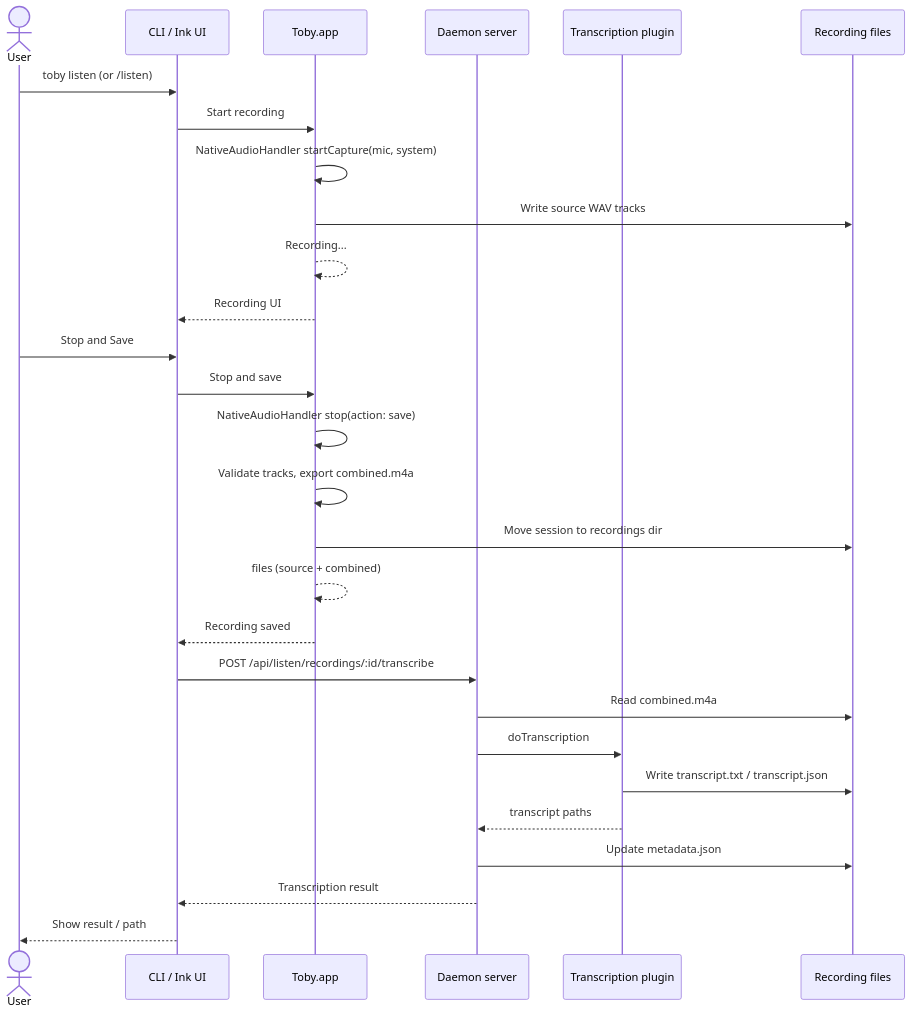
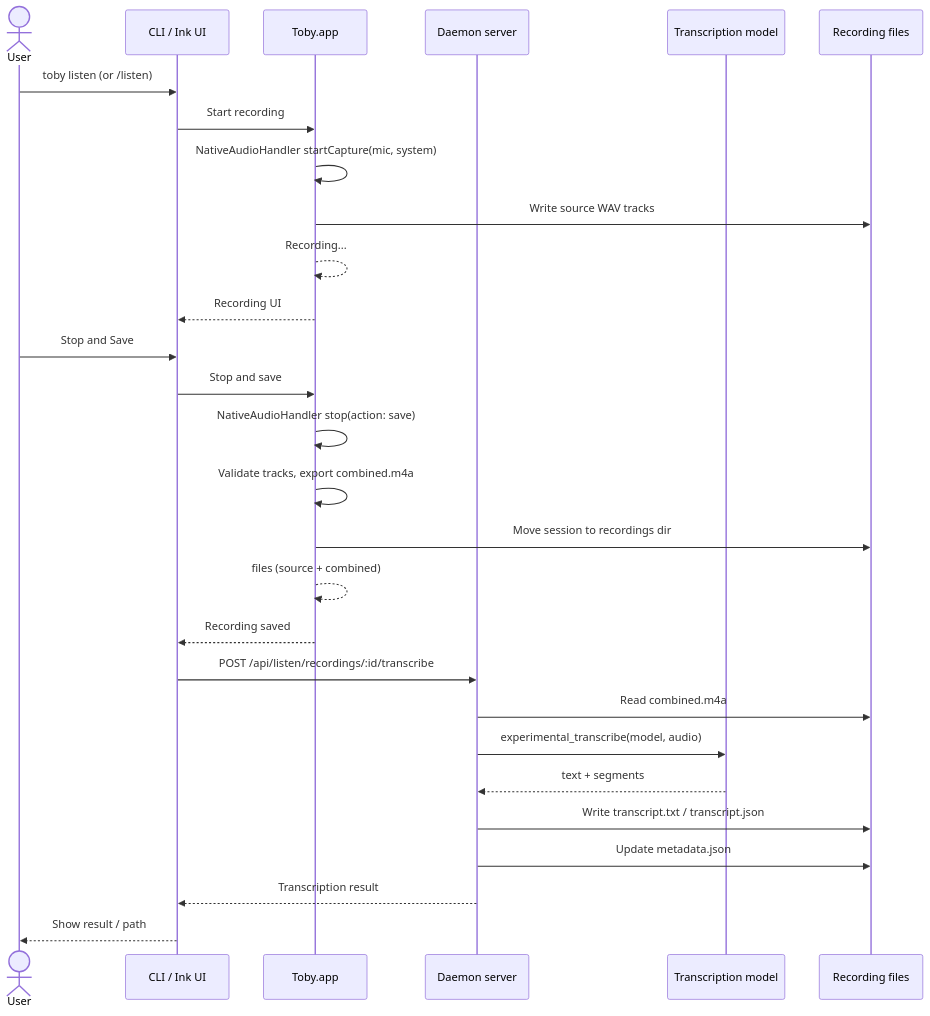
The second of 2 diagrams in docs/listen.md (kshehadeh/toby), drawn with Mermaid before and after one commit. The commit also changed other lines of this file and 63 other files, not shown here.

First line of the commit message:
feat(listen): replace whisper plugin with built-in AI-SDK transcription

````diff
--- a/docs/listen.md
+++ b/docs/listen.md
@@ -152,33 +153,33 @@
 ```mermaid
 sequenceDiagram
     actor User
     participant Ink as CLI / Ink UI
     participant App as Toby.app
     participant Daemon as Daemon server
-    participant Plugin as Transcription plugin
+    participant Model as Transcription model
     participant Files as Recording files
 
     User->>Ink: toby listen (or /listen)
     Ink->>App: Start recording
     App->>App: NativeAudioHandler startCapture(mic, system)
     App->>Files: Write source WAV tracks
     App-->>App: Recording...
     App-->>Ink: Recording UI
 
     User->>Ink: Stop and Save
     Ink->>App: Stop and save
     App->>App: NativeAudioHandler stop(action: save)
     App->>App: Validate tracks, export combined.m4a
     App->>Files: Move session to recordings dir
     App-->>App: files (source + combined)
     App-->>Ink: Recording saved
 
     Ink->>Daemon: POST /api/listen/recordings/:id/transcribe
     Daemon->>Files: Read combined.m4a
-    Daemon->>Plugin: doTranscription
-    Plugin->>Files: Write transcript.txt / transcript.json
-    Plugin-->>Daemon: transcript paths
+    Daemon->>Model: experimental_transcribe(model, audio)
+    Model-->>Daemon: text + segments
+    Daemon->>Files: Write transcript.txt / transcript.json
     Daemon->>Files: Update metadata.json
     Daemon-->>Ink: Transcription result
     Ink-->>User: Show result / path
 ```
````
